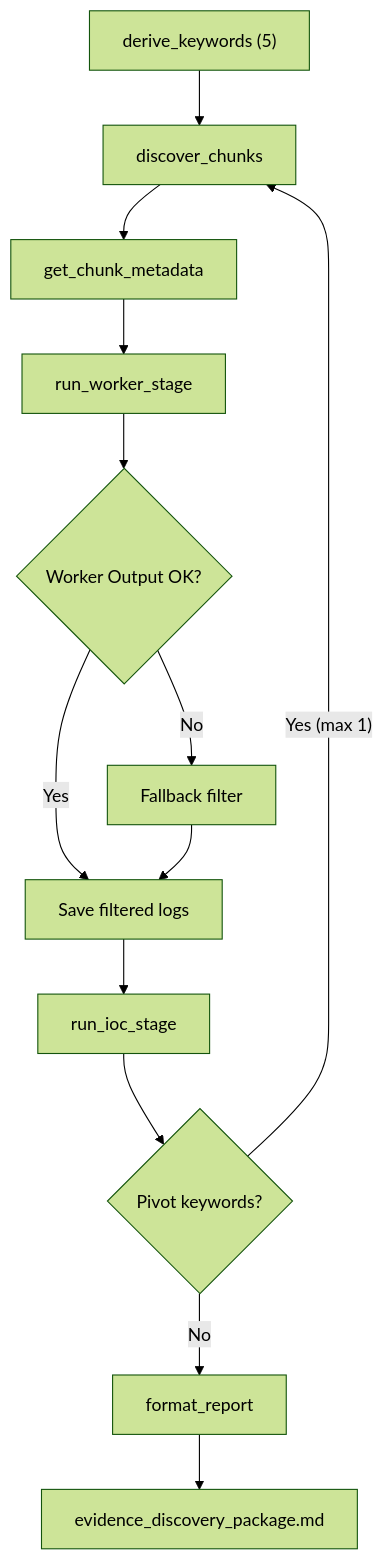
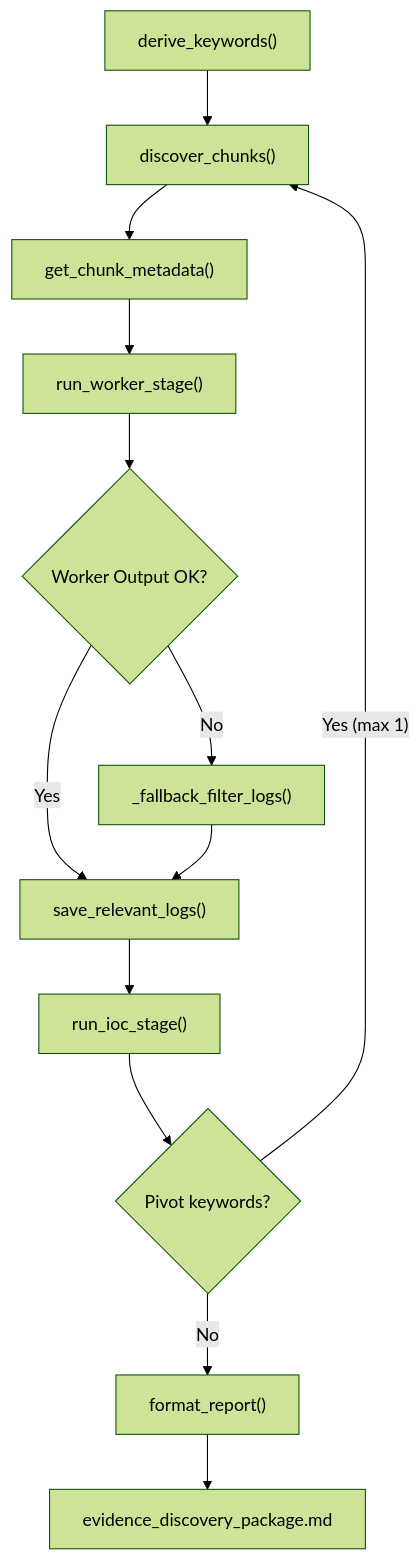
The second of 2 diagrams in README.md (GBinion2020/RLM-Investigation-Agent), drawn with Mermaid (forest theme) before and after one commit. The commit also changed other lines of this file and 1 other file, not shown here.

````diff
--- a/README.md
+++ b/README.md
@@ -42,16 +50,16 @@
 ```mermaid
 flowchart TD
-    A["derive_keywords (5)"] --> B["discover_chunks"]
-    B --> C["get_chunk_metadata"]
-    C --> D["run_worker_stage"]
+    A["derive_keywords()"] --> B["discover_chunks()"]
+    B --> C["get_chunk_metadata()"]
+    C --> D["run_worker_stage()"]
     D --> E{Worker Output OK?}
-    E -- "Yes" --> F["Save filtered logs"]
-    E -- "No" --> G["Fallback filter"]
+    E -- "Yes" --> F["save_relevant_logs()"]
+    E -- "No" --> G["_fallback_filter_logs()"]
     G --> F
 
-    F --> H["run_ioc_stage"]
+    F --> H["run_ioc_stage()"]
     H --> I{Pivot keywords?}
     I -- "Yes (max 1)" --> B
-    I -- "No" --> J["format_report"]
+    I -- "No" --> J["format_report()"]
     J --> K["evidence_discovery_package.md"]
 ```
````
